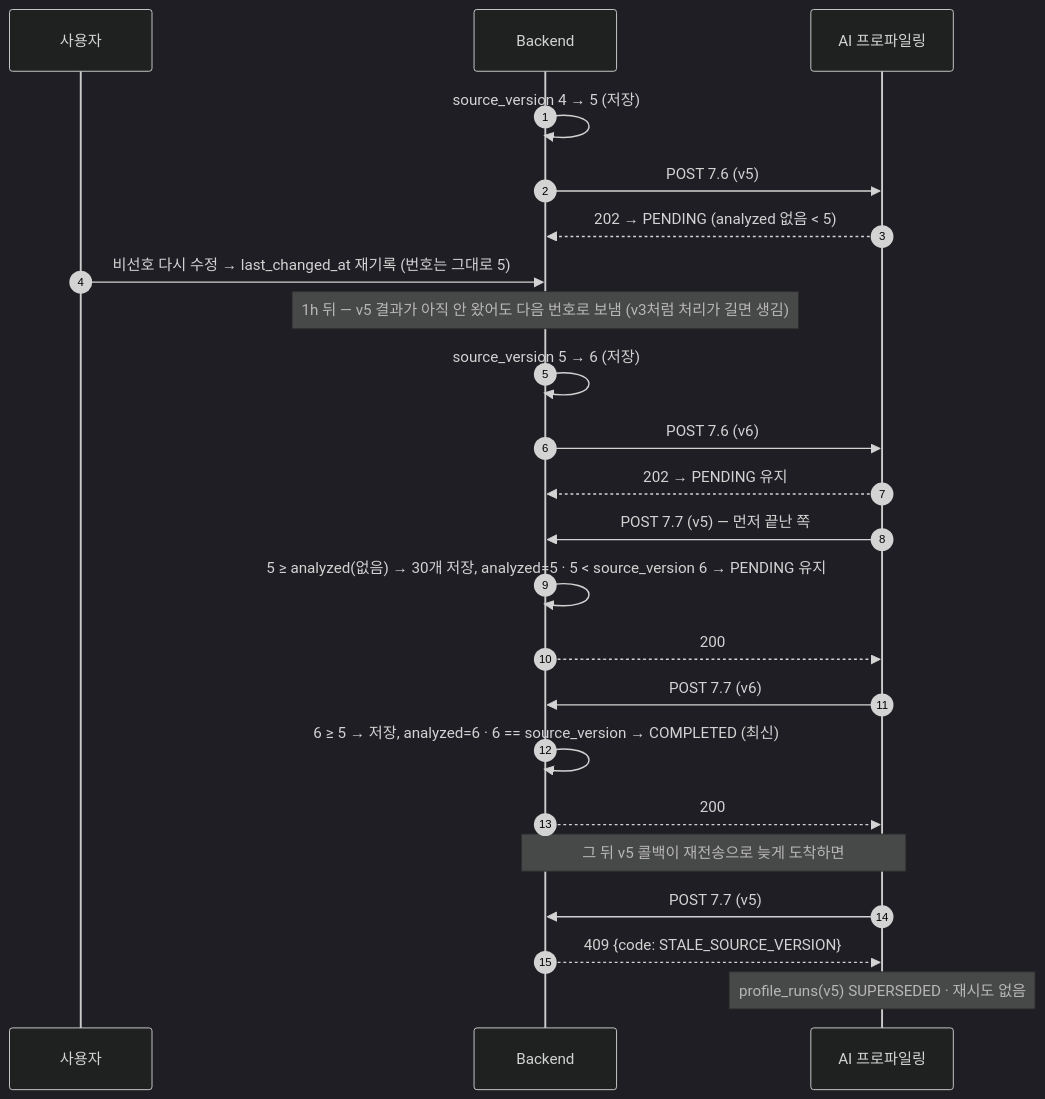
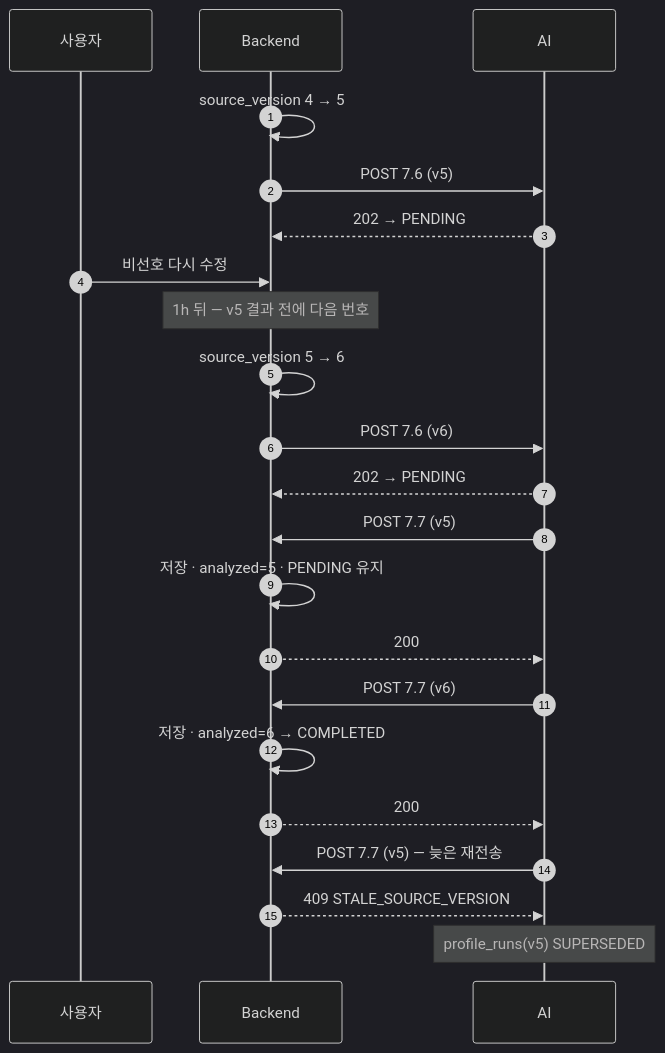
One commit to 100-hours-a-week/KTB4-12th-AI changed the third of 6 diagrams in profiling/docs/BE_연동_필드표_v1.md. Above: the diagram before and after it, drawn with Mermaid (dark theme). The commit also changed other lines of this file and 70 other files, not shown here.

````diff
--- a/profiling/docs/BE_연동_필드표_v1.md
+++ b/profiling/docs/BE_연동_필드표_v1.md
@@ -338,25 +336,24 @@
 ```mermaid
 sequenceDiagram
   autonumber
   participant U as 사용자
   participant BE as Backend
-  participant AI as AI 프로파일링
-  BE->>BE: source_version 4 → 5 (저장)
+  participant AI as AI
+  BE->>BE: source_version 4 → 5
   BE->>AI: POST 7.6 (v5)
-  AI-->>BE: 202 → PENDING (analyzed 없음 < 5)
-  U->>BE: 비선호 다시 수정 → last_changed_at 재기록 (번호는 그대로 5)
-  Note over BE: 1h 뒤 — v5 결과가 아직 안 왔어도 다음 번호로 보냄 (v3처럼 처리가 길면 생김)
-  BE->>BE: source_version 5 → 6 (저장)
+  AI-->>BE: 202 → PENDING
+  U->>BE: 비선호 다시 수정
+  Note over BE: 1h 뒤 — v5 결과 전에 다음 번호
+  BE->>BE: source_version 5 → 6
   BE->>AI: POST 7.6 (v6)
-  AI-->>BE: 202 → PENDING 유지
-  AI->>BE: POST 7.7 (v5) — 먼저 끝난 쪽
-  BE->>BE: 5 ≥ analyzed(없음) → 30개 저장, analyzed=5 · 5 < source_version 6 → PENDING 유지
+  AI-->>BE: 202 → PENDING
+  AI->>BE: POST 7.7 (v5)
+  BE->>BE: 저장 · analyzed=5 · PENDING 유지
   BE-->>AI: 200
   AI->>BE: POST 7.7 (v6)
-  BE->>BE: 6 ≥ 5 → 저장, analyzed=6 · 6 == source_version → COMPLETED (최신)
+  BE->>BE: 저장 · analyzed=6 → COMPLETED
   BE-->>AI: 200
-  Note over AI,BE: 그 뒤 v5 콜백이 재전송으로 늦게 도착하면
-  AI->>BE: POST 7.7 (v5)
-  BE-->>AI: 409 {code: STALE_SOURCE_VERSION}
-  Note over AI: profile_runs(v5) SUPERSEDED · 재시도 없음
+  AI->>BE: POST 7.7 (v5) — 늦은 재전송
+  BE-->>AI: 409 STALE_SOURCE_VERSION
+  Note over AI: profile_runs(v5) SUPERSEDED
 ```
````
